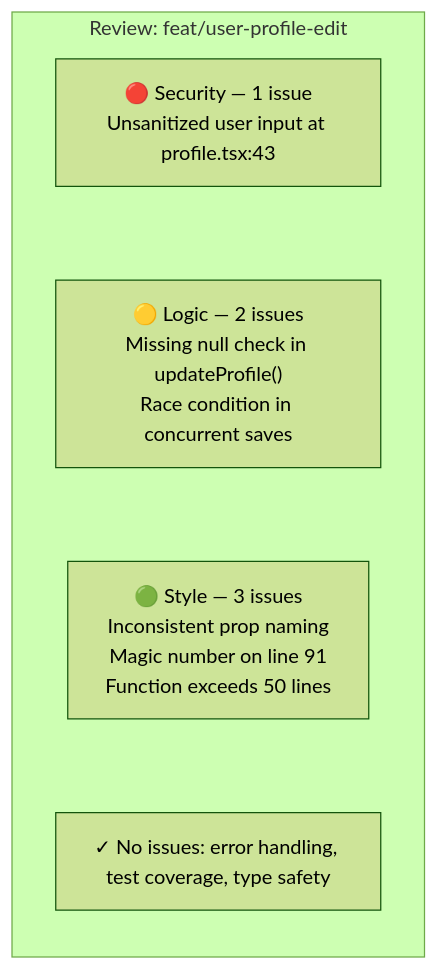
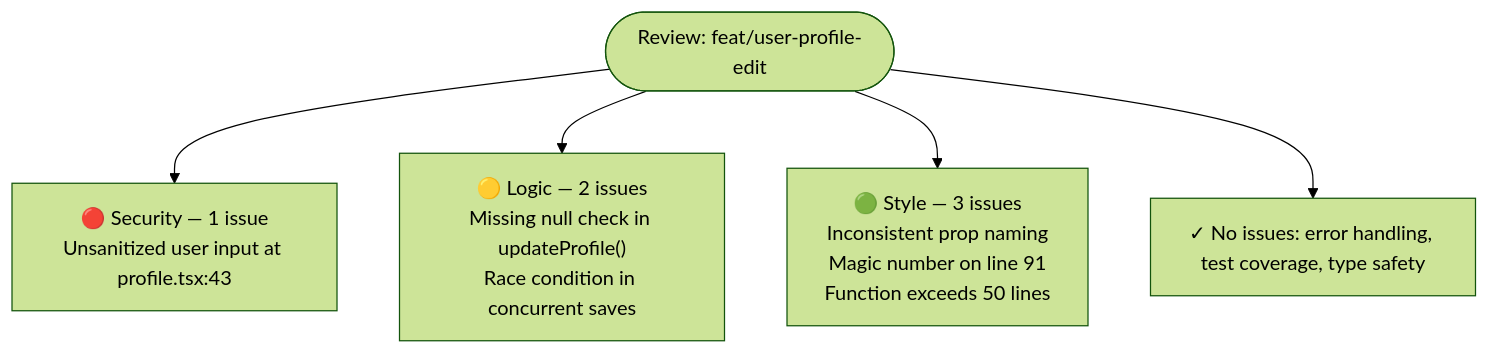
One commit to lurx/lurx-react changed the first of 6 diagrams in apps/rotem-is-a-dev/src/app/content/posts/agentic-ai-development-from-zero-to-hero/part-4-integrating-agents-workflow.md. Above: the diagram before and after it, drawn with Mermaid (forest theme). The commit also changed other lines of this file and 6 other files, not shown here.

First line of the commit message:
content(agentic-ai): publish series — drop draft flag, set date, polish part 4 traps diagram

````diff
--- a/apps/rotem-is-a-dev/src/app/content/posts/agentic-ai-development-from-zero-to-hero/part-4-integrating-agents-workflow.md
+++ b/apps/rotem-is-a-dev/src/app/content/posts/agentic-ai-development-from-zero-to-hero/part-4-integrating-agents-workflow.md
@@ -56,11 +55,8 @@
 ```mermaid
 flowchart TB
-    subgraph review["Review: feat/user-profile-edit"]
-        direction TB
-        sec["🔴 Security — 1 issue\nUnsanitized user input at profile.tsx:43"]
-        logic["🟡 Logic — 2 issues\nMissing null check in updateProfile()\nRace condition in concurrent saves"]
-        styling["🟢 Style — 3 issues\nInconsistent prop naming\nMagic number on line 91\nFunction exceeds 50 lines"]
-        ok["✓ No issues: error handling, test coverage, type safety"]
-        sec ~~~ logic ~~~ styling ~~~ ok
-    end
+    review(["Review: feat/user-profile-edit"])
+    review --> sec["🔴 Security — 1 issue\nUnsanitized user input at profile.tsx:43"]
+    review --> logic["🟡 Logic — 2 issues\nMissing null check in updateProfile()\nRace condition in concurrent saves"]
+    review --> styling["🟢 Style — 3 issues\nInconsistent prop naming\nMagic number on line 91\nFunction exceeds 50 lines"]
+    review --> ok["✓ No issues: error handling, test coverage, type safety"]
 ```
````
